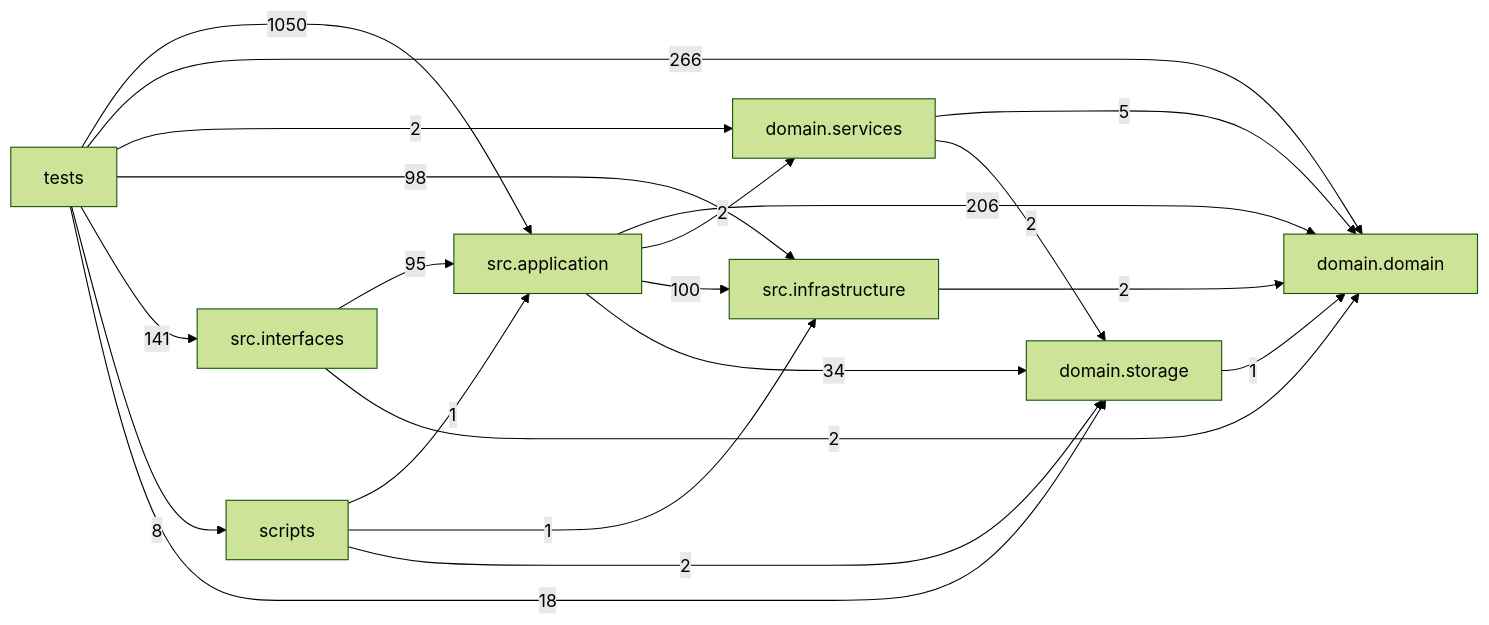
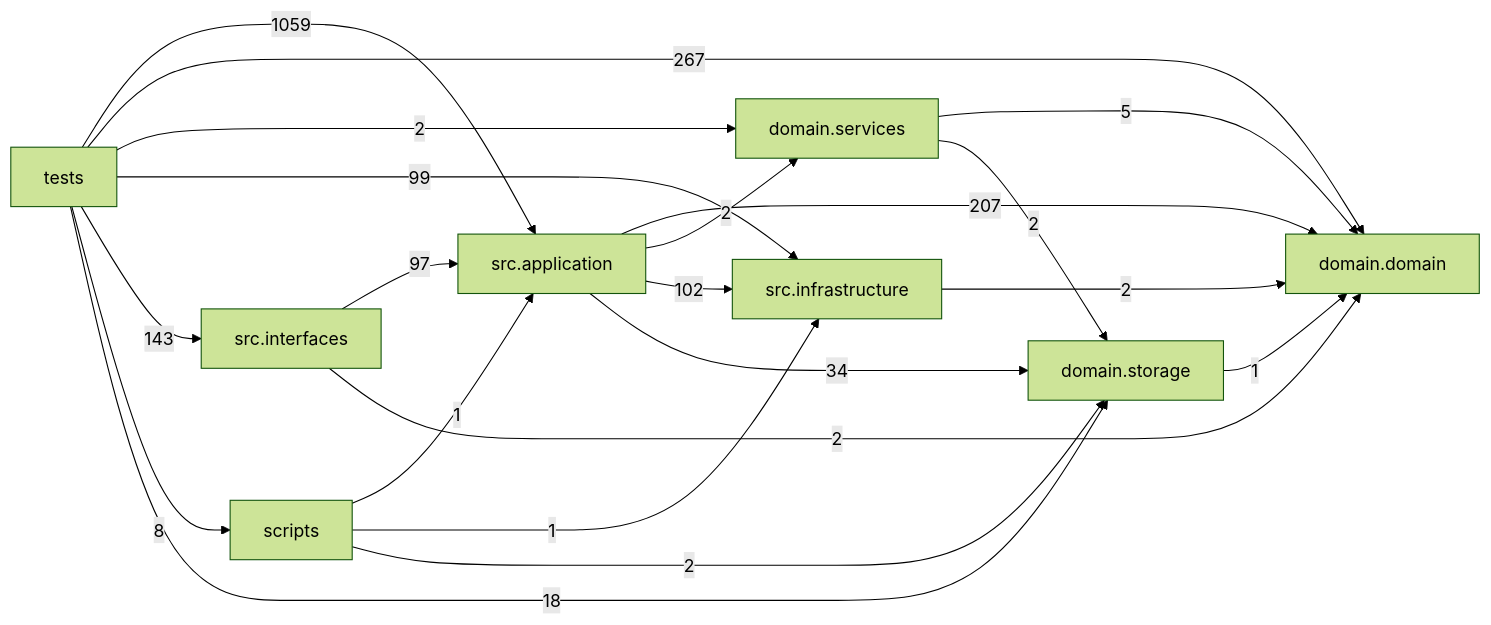
Before and after one commit to liuxie066/options-monitor: the diagram in docs/DEPENDENCY_GRAPH.md, drawn with Mermaid (forest theme). The commit also changed other lines of this file and 25 other files, not shown here.

````diff
--- a/docs/DEPENDENCY_GRAPH.md
+++ b/docs/DEPENDENCY_GRAPH.md
@@ -24,31 +24,31 @@
 ```mermaid
 flowchart LR
   tests["tests"]
   scripts["scripts"]
   interfaces["src.interfaces"]
   application["src.application"]
   infrastructure["src.infrastructure"]
   domain_services["domain.services"]
   domain["domain.domain"]
   storage["domain.storage"]
-  application -->|206| domain
+  application -->|207| domain
   application -->|2| domain_services
-  application -->|100| infrastructure
+  application -->|102| infrastructure
   application -->|34| storage
   domain_services -->|5| domain
   domain_services -->|2| storage
   infrastructure -->|2| domain
-  interfaces -->|95| application
+  interfaces -->|97| application
   interfaces -->|2| domain
   scripts -->|1| application
   scripts -->|1| infrastructure
   scripts -->|2| storage
   storage -->|1| domain
-  tests -->|1050| application
-  tests -->|266| domain
+  tests -->|1059| application
+  tests -->|267| domain
   tests -->|2| domain_services
-  tests -->|98| infrastructure
-  tests -->|141| interfaces
+  tests -->|99| infrastructure
+  tests -->|143| interfaces
   tests -->|8| scripts
   tests -->|18| storage
 ```
````
